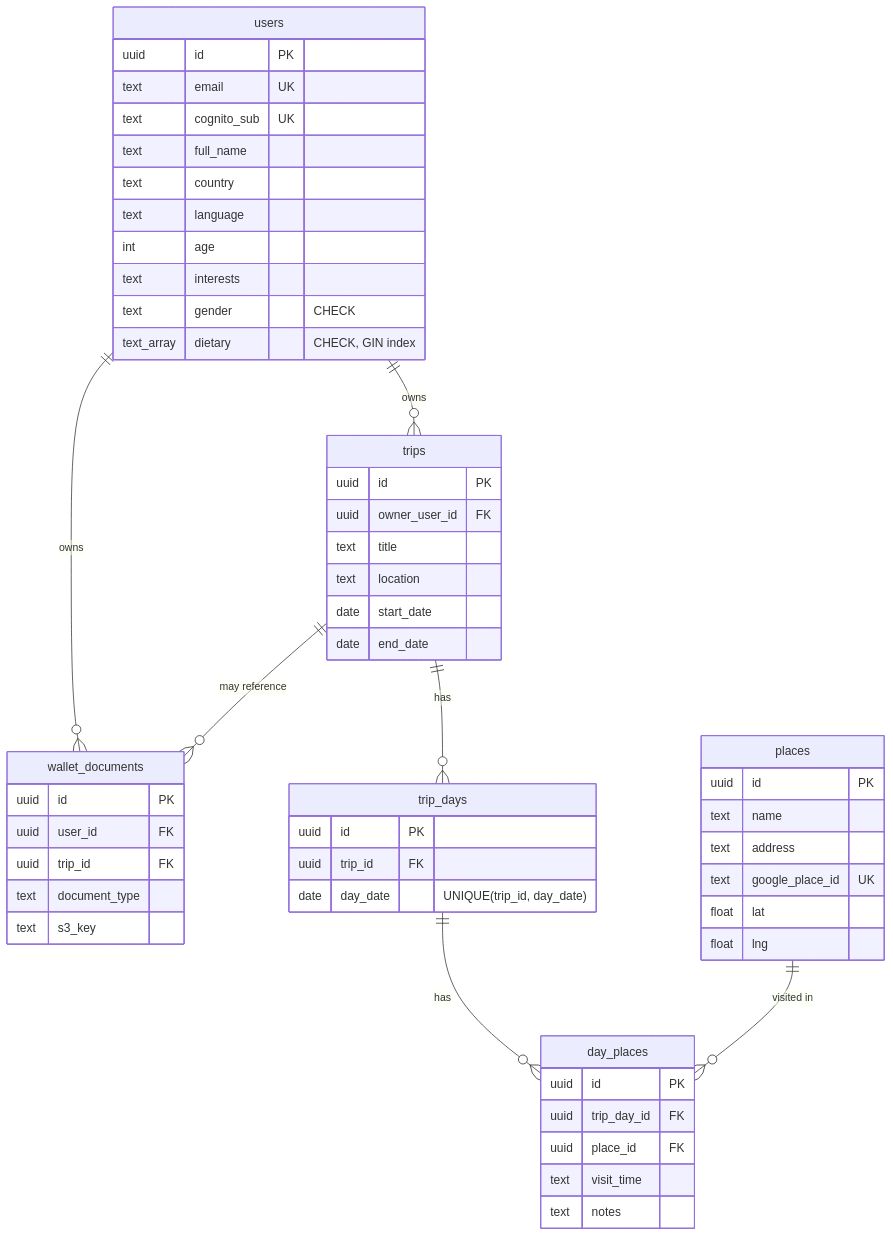
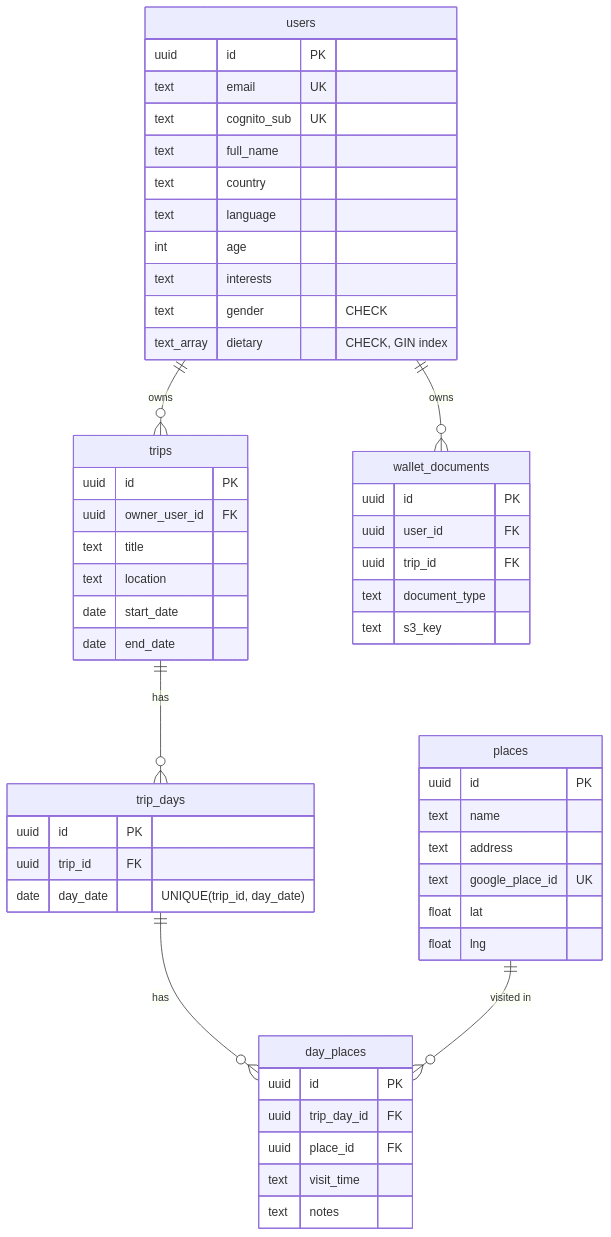
Before and after one commit to Danielin322/Traveleria: the second of 2 diagrams in README.md, drawn with Mermaid. The commit also changed other lines of this file, not shown here.

````diff
--- a/README.md
+++ b/README.md
@@ -307,57 +145,56 @@
 ```mermaid
 erDiagram
     users ||--o{ trips : owns
     users ||--o{ wallet_documents : owns
     trips ||--o{ trip_days : "has"
-    trips ||--o{ wallet_documents : "may reference"
     trip_days ||--o{ day_places : "has"
     places ||--o{ day_places : "visited in"
 
     users {
         uuid id PK
         text email UK
         text cognito_sub UK
         text full_name
         text country
         text language
         int age
         text interests
         text gender "CHECK"
         text_array dietary "CHECK, GIN index"
     }
     trips {
         uuid id PK
         uuid owner_user_id FK
         text title
         text location
         date start_date
         date end_date
     }
     trip_days {
         uuid id PK
         uuid trip_id FK
         date day_date "UNIQUE(trip_id, day_date)"
     }
     places {
         uuid id PK
         text name
         text address
         text google_place_id UK
         float lat
         float lng
     }
     day_places {
         uuid id PK
         uuid trip_day_id FK
         uuid place_id FK
         text visit_time
         text notes
     }
     wallet_documents {
         uuid id PK
         uuid user_id FK
         uuid trip_id FK
         text document_type
         text s3_key
     }
 ```
````
